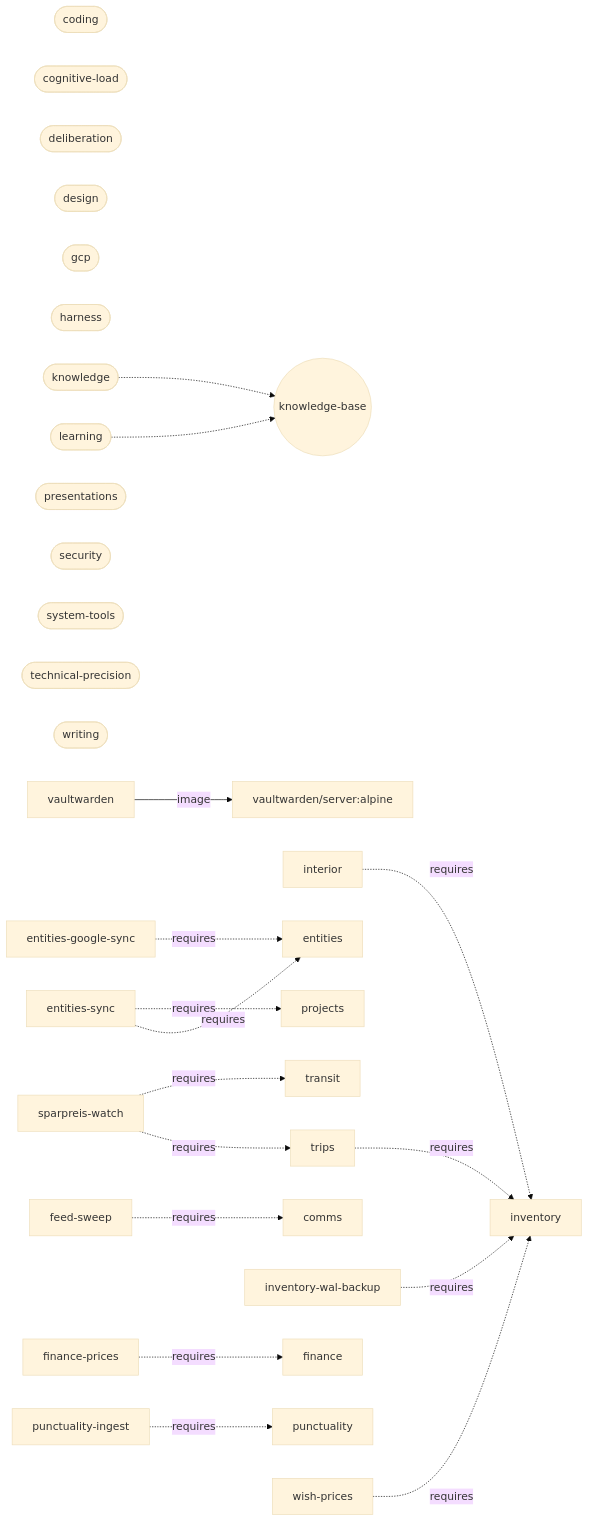
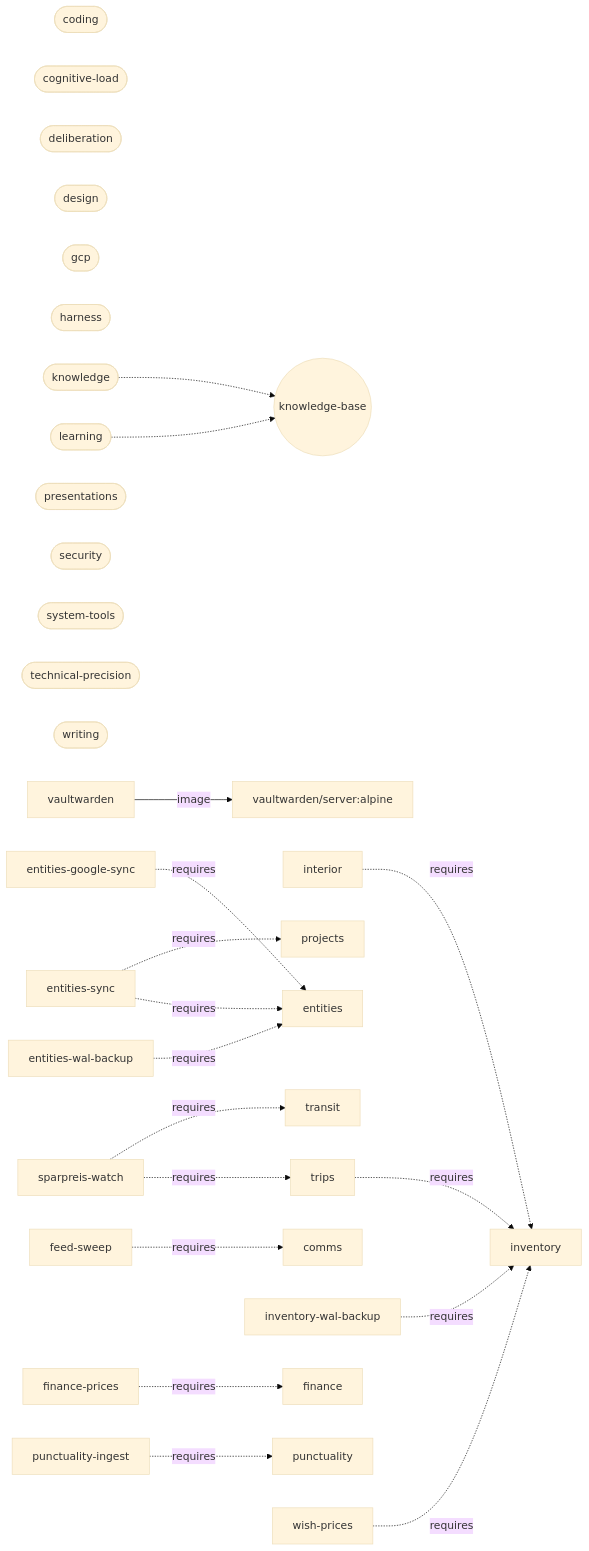
Before and after one commit to larsboes/Sjel: the diagram in ARCHITECTURE.md, drawn with Mermaid (base theme). The commit also changed other lines of this file and 15 other files, not shown here.

First line of the commit message:
Run the Entities owner and its local jobs on native Turso WAL

````diff
--- a/ARCHITECTURE.md
+++ b/ARCHITECTURE.md
@@ -166,31 +166,32 @@
 ```mermaid
 flowchart LR
   pack_coding(["coding"])
   pack_cognitive_load(["cognitive-load"])
   pack_deliberation(["deliberation"])
   pack_design(["design"])
   pack_gcp(["gcp"])
   pack_harness(["harness"])
   pack_knowledge(["knowledge"])
   pack_knowledge -.-> sys_knowledge_base(("knowledge-base"))
   pack_learning(["learning"])
   pack_learning -.-> sys_knowledge_base(("knowledge-base"))
   pack_presentations(["presentations"])
   pack_security(["security"])
   pack_system_tools(["system-tools"])
   pack_technical_precision(["technical-precision"])
   pack_writing(["writing"])
   cap_vaultwarden["vaultwarden"] -->|image| img_vaultwarden_server["vaultwarden/server:alpine"]
   cap_interior["interior"] -.->|requires| cap_inventory["inventory"]
   cap_trips["trips"] -.->|requires| cap_inventory["inventory"]
   cap_entities_google_sync["entities-google-sync"] -.->|requires| cap_entities["entities"]
   cap_entities_sync["entities-sync"] -.->|requires| cap_projects["projects"]
   cap_entities_sync["entities-sync"] -.->|requires| cap_entities["entities"]
+  cap_entities_wal_backup["entities-wal-backup"] -.->|requires| cap_entities["entities"]
   cap_feed_sweep["feed-sweep"] -.->|requires| cap_comms["comms"]
   cap_finance_prices["finance-prices"] -.->|requires| cap_finance["finance"]
   cap_inventory_wal_backup["inventory-wal-backup"] -.->|requires| cap_inventory["inventory"]
   cap_punctuality_ingest["punctuality-ingest"] -.->|requires| cap_punctuality["punctuality"]
   cap_sparpreis_watch["sparpreis-watch"] -.->|requires| cap_transit["transit"]
   cap_sparpreis_watch["sparpreis-watch"] -.->|requires| cap_trips["trips"]
   cap_wish_prices["wish-prices"] -.->|requires| cap_inventory["inventory"]
 ```
````
